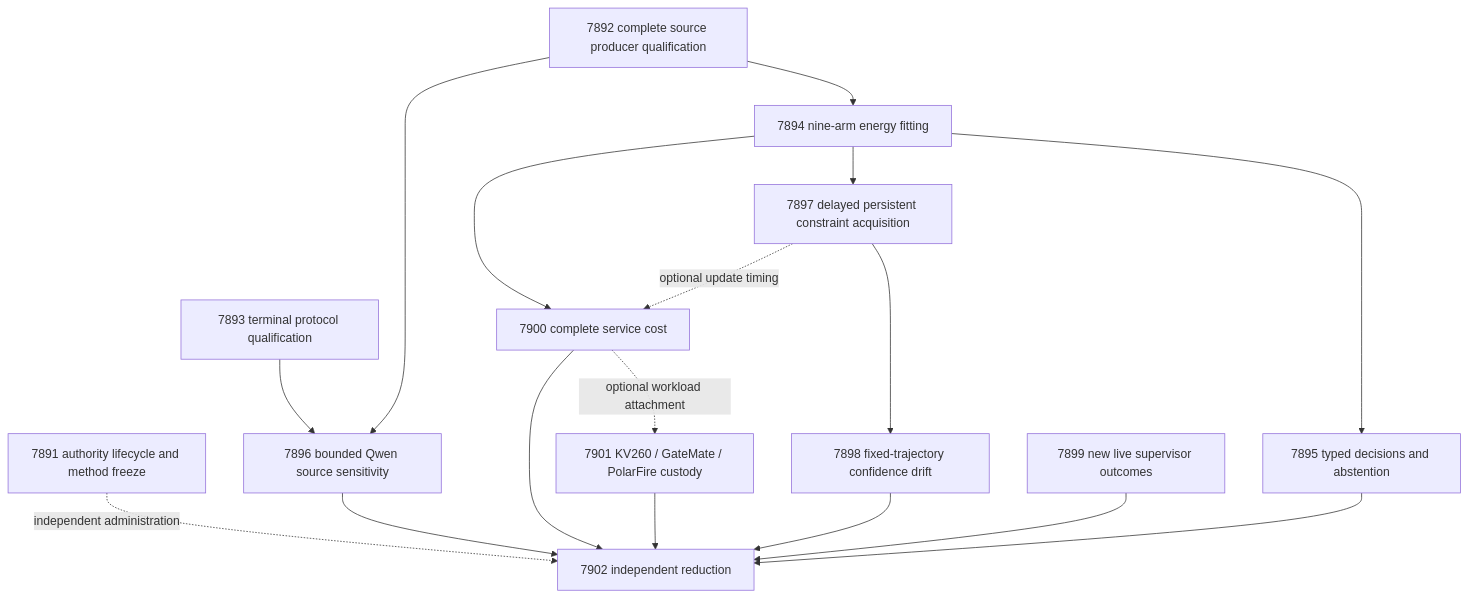
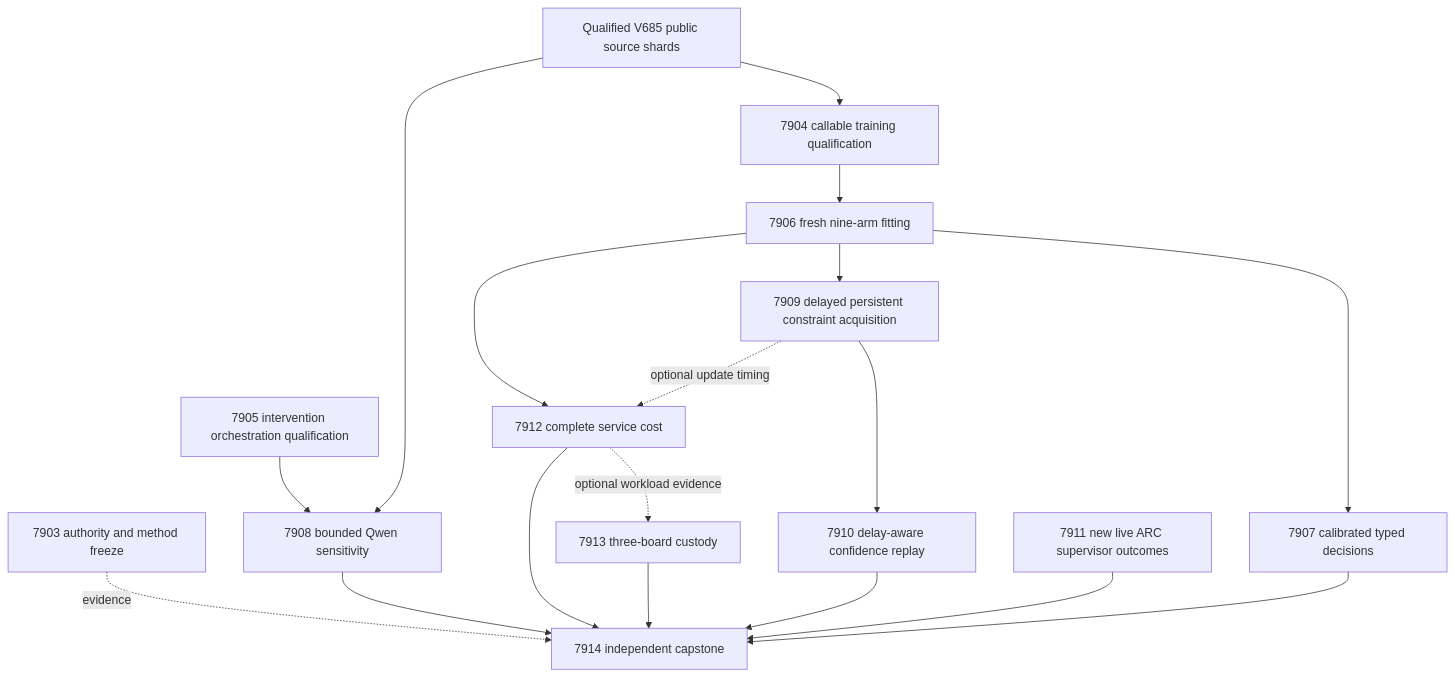
One commit to Carnot-EBM/carnot-ebm changed the diagram in openspec/change-proposals/research-roadmap-vNEXT.md. Above: the diagram before and after it, drawn with Mermaid. The commit also changed other lines of this file and 15 other files, not shown here.

````diff
--- a/openspec/change-proposals/research-roadmap-vNEXT.md
+++ b/openspec/change-proposals/research-roadmap-vNEXT.md
@@ -85,19 +90,20 @@
 ```mermaid
 flowchart TD
-  C[7891 authority lifecycle and method freeze] -. independent administration .-> X[7902 independent reduction]
-  S[7892 complete source producer qualification] --> F[7894 nine-arm energy fitting]
-  S --> Q[7896 bounded Qwen source sensitivity]
-  P[7893 terminal protocol qualification] --> Q
-  F --> D[7895 typed decisions and abstention]
-  F --> L[7897 delayed persistent constraint acquisition]
-  L --> R[7898 fixed-trajectory confidence drift]
-  F --> T[7900 complete service cost]
+  C[7903 authority and method freeze] -. evidence .-> X[7914 independent capstone]
+  S[Qualified V685 public source shards] --> R[7904 callable training qualification]
+  R --> F[7906 fresh nine-arm fitting]
+  S --> Q[7908 bounded Qwen sensitivity]
+  P[7905 intervention orchestration qualification] --> Q
+  F --> D[7907 calibrated typed decisions]
+  F --> L[7909 delayed persistent constraint acquisition]
+  L --> U[7910 delay-aware confidence replay]
+  F --> T[7912 complete service cost]
   L -. optional update timing .-> T
-  T -. optional workload attachment .-> H[7901 KV260 / GateMate / PolarFire custody]
-  A[7899 new live supervisor outcomes] --> X
+  T -. optional workload evidence .-> H[7913 three-board custody]
+  A[7911 new live ARC supervisor outcomes] --> X
   D --> X
   Q --> X
-  R --> X
+  U --> X
   T --> X
   H --> X
 ```
````
